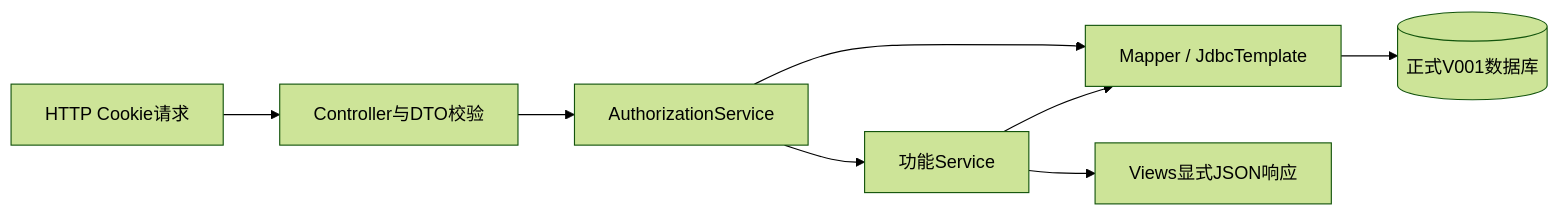
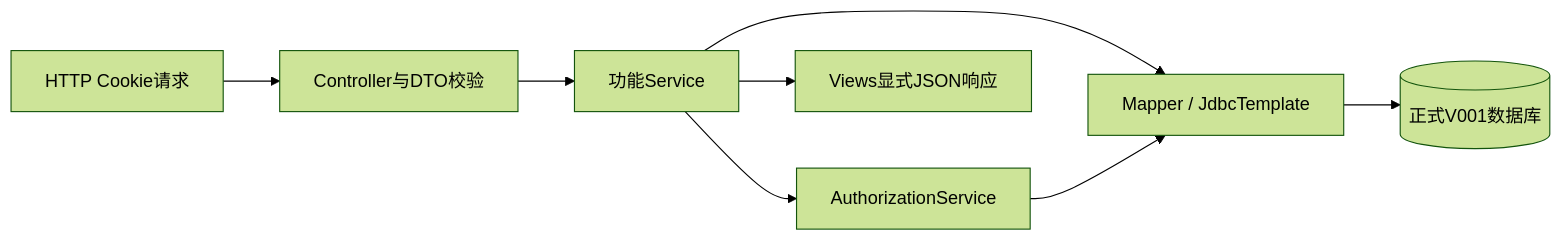
Before and after one commit to wenjiu-leng66/OO-d: the diagram in docs/design/detailed-design.md, drawn with Mermaid (forest theme). The commit also changed other lines of this file and 114 other files, not shown here.

````diff
--- a/docs/design/detailed-design.md
+++ b/docs/design/detailed-design.md
@@ -9,10 +9,10 @@
 ```mermaid
 flowchart LR
   HTTP[HTTP Cookie请求] --> C[Controller与DTO校验]
-  C --> A[AuthorizationService]
-  A --> S[功能Service]
+  C --> S[功能Service]
+  S --> A[AuthorizationService]
   S --> M[Mapper / JdbcTemplate]
   A --> M
   M --> DB[(正式V001数据库)]
   S --> V[Views显式JSON响应]
 ```
````
